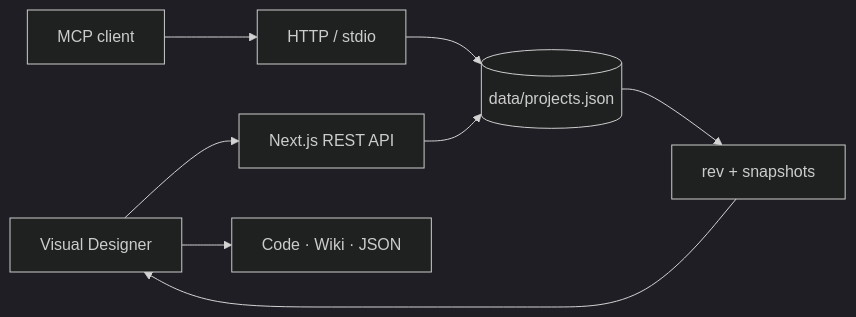
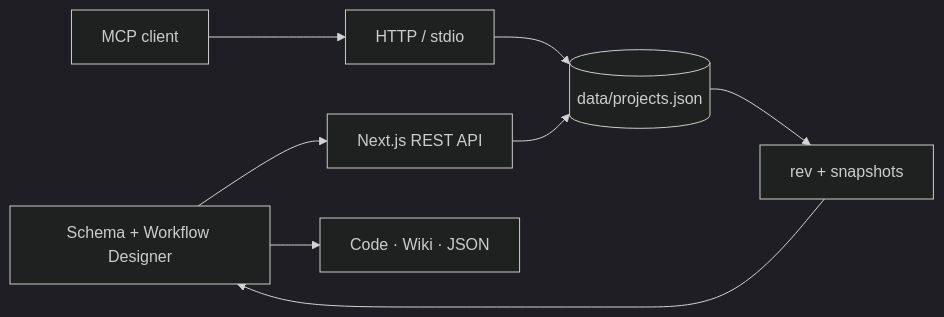
One commit to jaturapornchai/mongomodeleditor changed the diagram in README.md. Above: the diagram before and after it, drawn with Mermaid (dark theme). The commit also changed other lines of this file and 10 other files, not shown here.

Commit message:
feat: add workflow designer and MCP CRUD

````diff
--- a/README.md
+++ b/README.md
@@ -183,10 +212,10 @@
 ```mermaid
 flowchart LR
-  UI["Visual Designer"] --> API["Next.js REST API"]
+  UI["Schema + Workflow Designer"] --> API["Next.js REST API"]
   AI["MCP client"] --> MCP["HTTP / stdio"]
   API --> STORE[("data/projects.json")]
   MCP --> STORE
   STORE --> REV["rev + snapshots"]
   REV --> UI
   UI --> OUT["Code · Wiki · JSON"]
 ```
````
